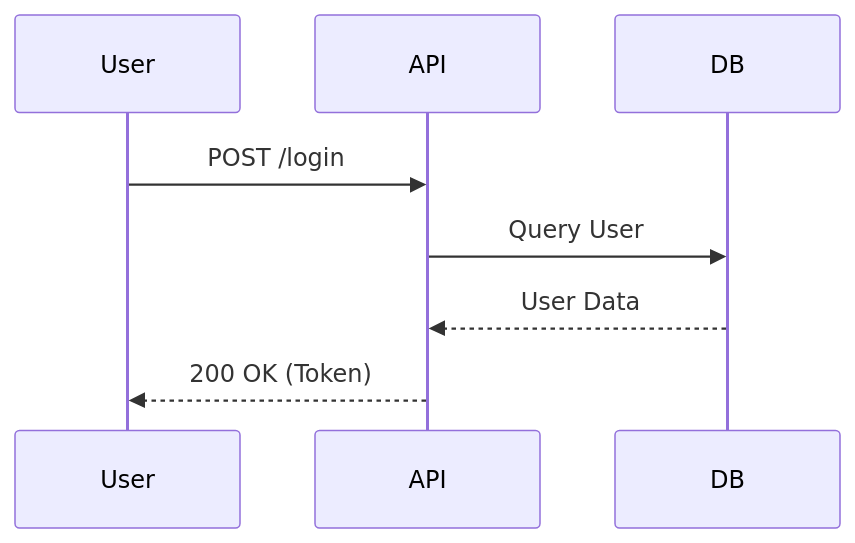
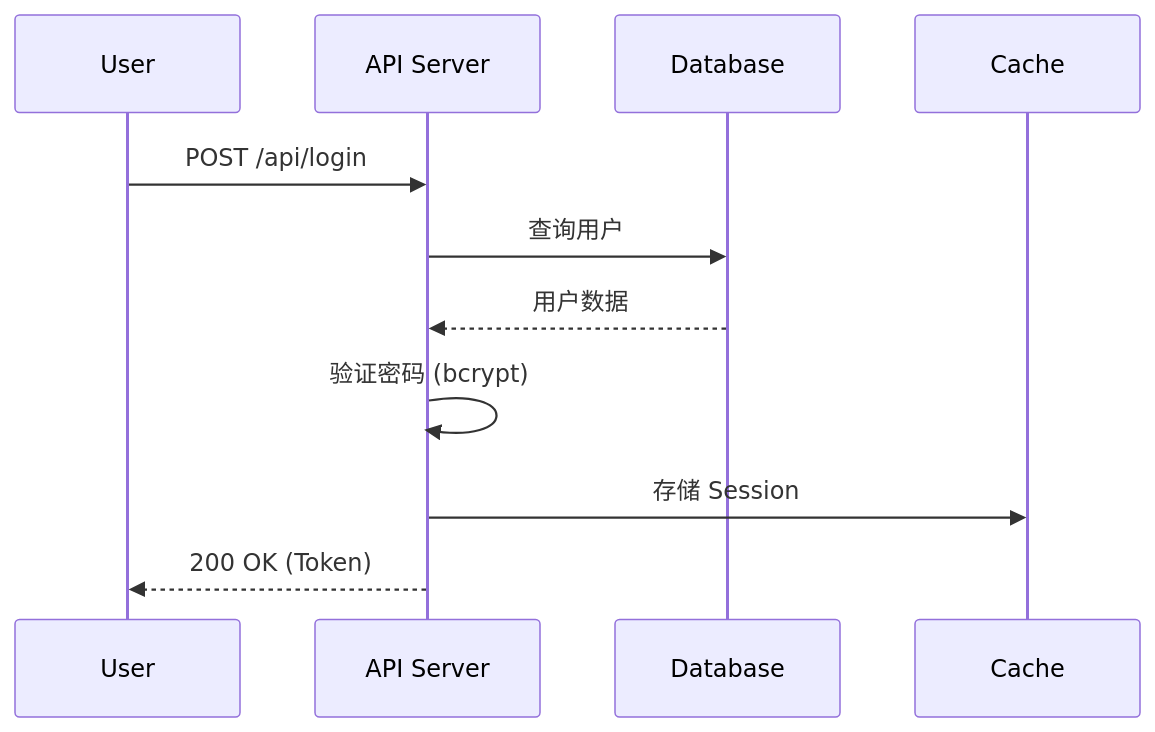
Before and after one commit to geekoutnet/antigravity-global-skills: the third of 4 diagrams in skills/tech-writer/SKILL.md, drawn with Mermaid. The commit also changed other lines of this file and 15 other files, not shown here.

````diff
--- a/skills/tech-writer/SKILL.md
+++ b/skills/tech-writer/SKILL.md
@@ -109,11 +307,14 @@
 ```mermaid
 sequenceDiagram
-    participant User
-    participant API
-    participant DB
+    participant U as User
+    participant A as API Server
+    participant D as Database
+    participant C as Cache
 
-    User->>API: POST /login
-    API->>DB: Query User
-    DB-->>API: User Data
-    API-->>User: 200 OK (Token)
+    U->>A: POST /api/login
+    A->>D: 查询用户
+    D-->>A: 用户数据
+    A->>A: 验证密码 (bcrypt)
+    A->>C: 存储 Session
+    A-->>U: 200 OK (Token)
 ```
````
